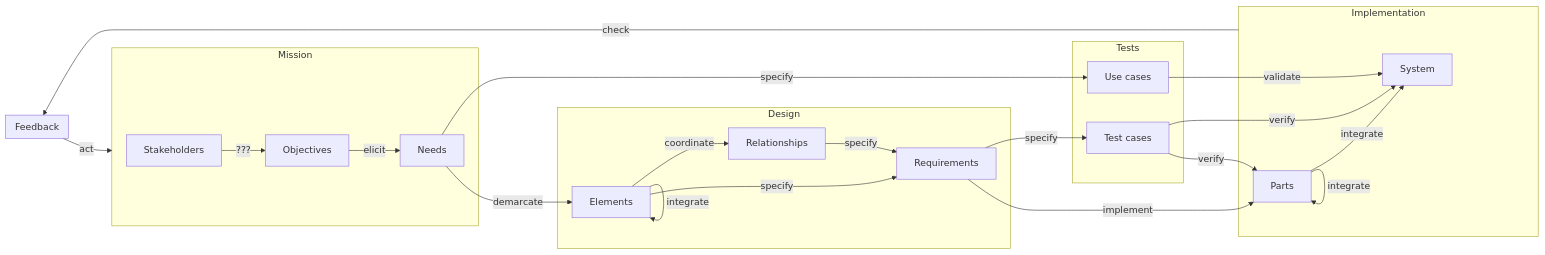
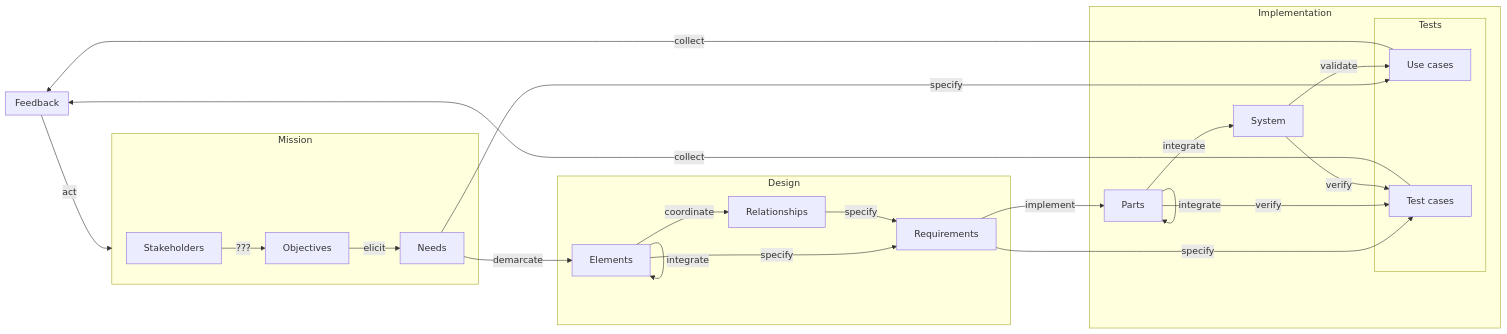
The tenth of 13 diagrams in README.md (firstprinciplesthinking/paper_development_lifecycle), drawn with Mermaid before and after one commit. The commit also changed other lines of this file, not shown here.

````diff
--- a/README.md
+++ b/README.md
@@ -311,52 +354,53 @@
 ```mermaid
    flowchart LR
       subgraph Design
          Elements
          Relationships
          Requirements
       end
 
-      subgraph Tests
-         UC["Use cases"]
-         TC["Test cases"]
-      end
-
       subgraph Implementation
+         subgraph Tests
+            UC["Use cases"]
+            TC["Test cases"]
+         end
          System["System"]
          Parts["Parts"]
       end
    
       subgraph Feedback
       end
 
       subgraph Mission
          Stakeholders
          Objectives
          Needs
       end
 
-      Implementation--"check"-->Feedback
       Feedback--"act"-->Mission
 
       Parts--"integrate"-->System
       Parts--"integrate"-->Parts
       System~~~Parts
 
       Stakeholders--"???"-->Objectives
       Objectives--"elicit"-->Needs
 
       Elements--"specify"-->Requirements
       Relationships--"specify"-->Requirements
       Requirements--"implement"-->Parts
 
       Needs--"demarcate"-->Elements
       Elements--"coordinate"-->Relationships
       Elements--"integrate"-->Elements
 
       Needs--"specify"-->UC
       Requirements--"specify"-->TC
 
-      TC--"verify"-->Parts
-      TC--"verify"-->System
-      UC--"validate"-->System
+      Parts--"verify"-->TC
+      System--"verify"-->TC
+      System--"validate"-->UC
+
+      TC--"collect"-->Feedback
+      UC--"collect"-->Feedback
 ```
````
